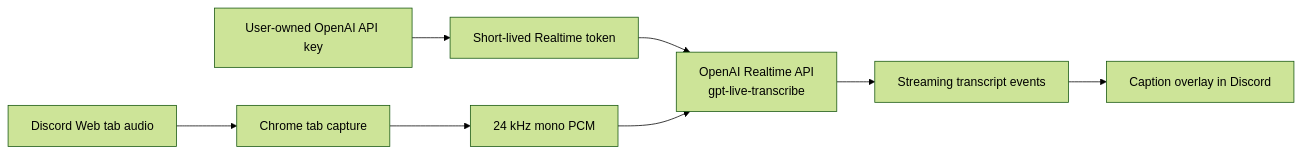
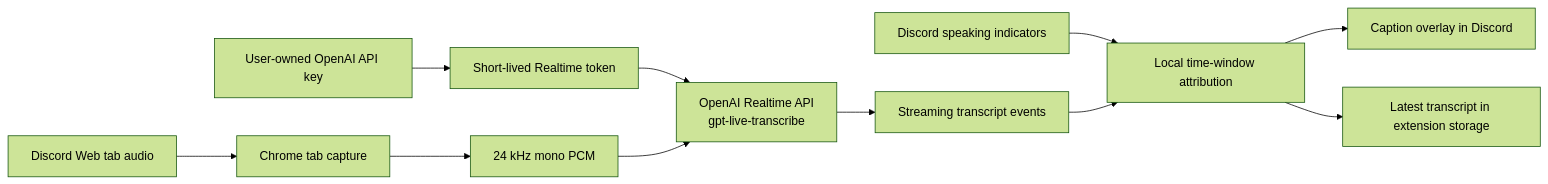
The diagram in README.md (alexandriax/discord-closed-captions), drawn with Mermaid (forest theme) before and after one commit. The commit also changed other lines of this file and 24 other files, not shown here.

````diff
--- a/README.md
+++ b/README.md
@@ -31,10 +35,13 @@
 ```mermaid
 flowchart LR
     A["Discord Web tab audio"] --> B["Chrome tab capture"]
     B --> C["24 kHz mono PCM"]
     K["User-owned OpenAI API key"] --> T["Short-lived Realtime token"]
     T --> D["OpenAI Realtime API<br/>gpt-live-transcribe"]
     C --> D
     D --> E["Streaming transcript events"]
-    E --> F["Caption overlay in Discord"]
+    S["Discord speaking indicators"] --> X["Local time-window attribution"]
+    E --> X
+    X --> F["Caption overlay in Discord"]
+    X --> L["Latest transcript in extension storage"]
 ```
````
